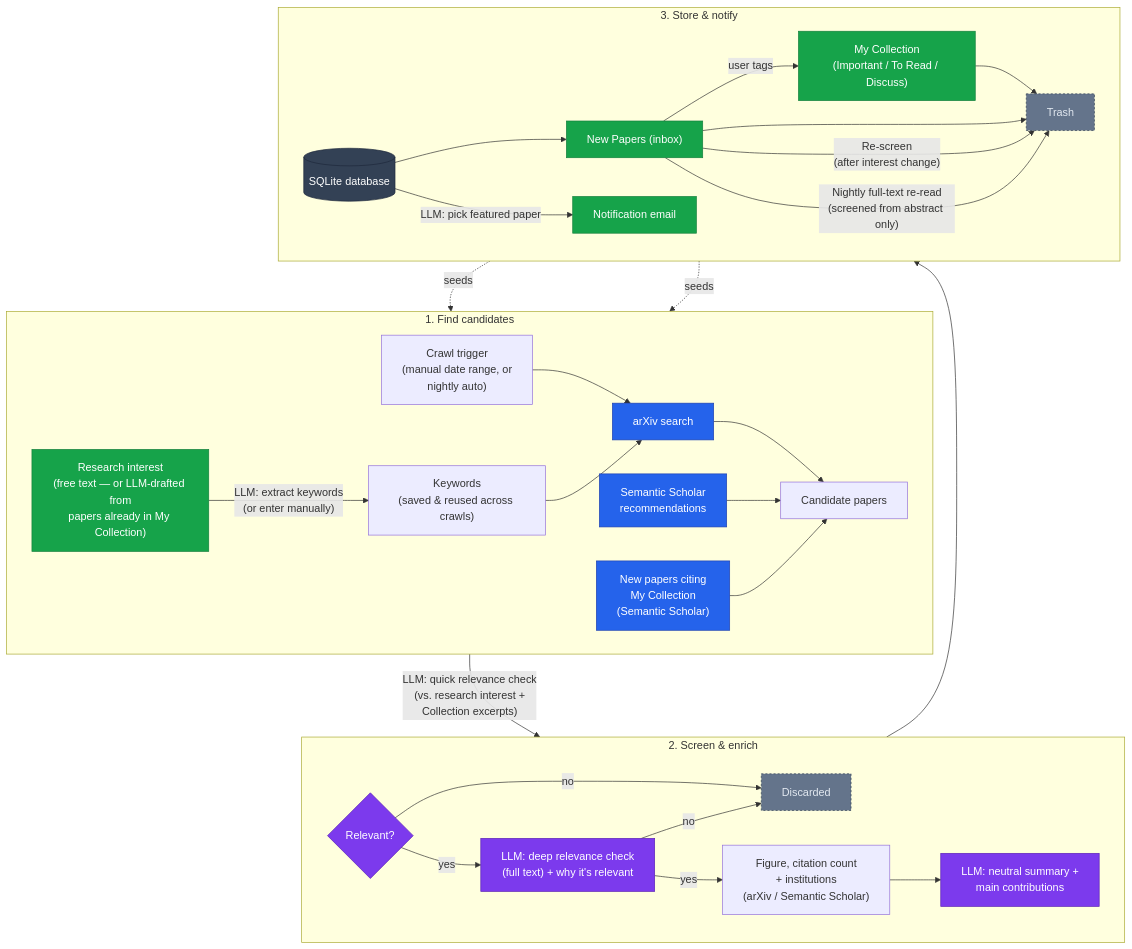
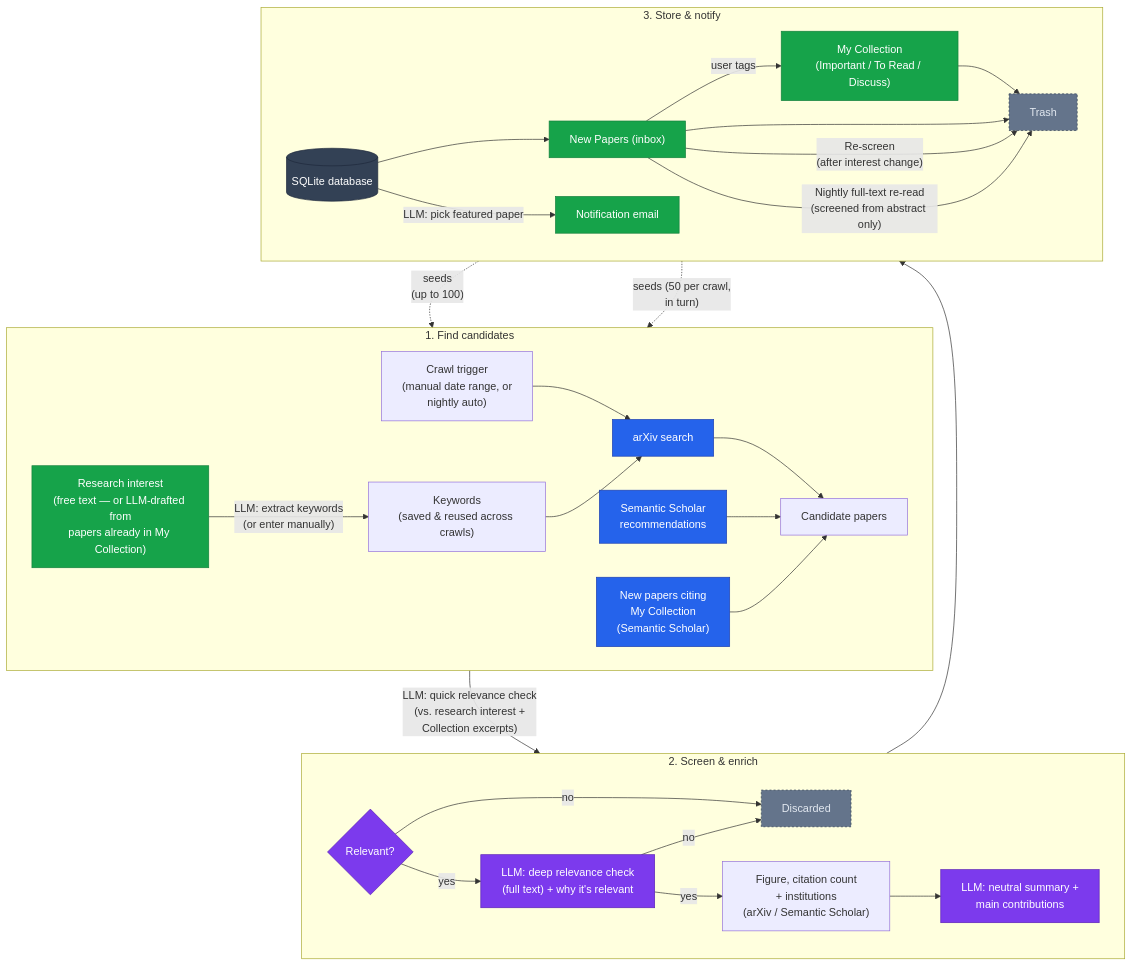
One commit to MassEast/paper-agent changed the diagram in README.md. Above: the diagram before and after it, drawn with Mermaid. The commit also changed other lines of this file and 7 other files, not shown here.

````diff
--- a/README.md
+++ b/README.md
@@ -26,48 +26,48 @@
 ```mermaid
 flowchart TD
     subgraph Phase1["1. Find candidates"]
         direction LR
         RI["Research interest<br/>(free text — or LLM-drafted from<br/>papers already in My Collection)"] -->|"LLM: extract keywords<br/>(or enter manually)"| KW["Keywords<br/>(saved & reused across crawls)"]
         SCHED["Crawl trigger<br/>(manual date range, or<br/>nightly auto)"] --> ARX["arXiv search"]
         KW --> ARX
         ARX --> CAND["Candidate papers"]
         SS["Semantic Scholar<br/>recommendations"] --> CAND
         CITE["New papers citing<br/>My Collection<br/>(Semantic Scholar)"] --> CAND
     end
 
     subgraph Phase2["2. Screen & enrich"]
         direction LR
         Q{Relevant?} -- yes --> DEEP["LLM: deep relevance check<br/>(full text) + why it's relevant"]
         Q -- no --> DROP["Discarded"]
         DEEP -- no --> DROP
         DEEP -- yes --> FIG["Figure, citation count<br/>+ institutions<br/>(arXiv / Semantic Scholar)"]
         FIG --> SUM["LLM: neutral summary +<br/>main contributions"]
     end
 
     subgraph Phase3["3. Store & notify"]
         direction LR
         DB[("SQLite database")] --> NEW["New Papers (inbox)"]
         NEW -->|"user tags"| COLL["My Collection<br/>(Important / To Read / Discuss)"]
         COLL --> TRASH["Trash"]
         NEW --> TRASH
         NEW -->|"Re-screen<br/>(after interest change)"| TRASH
         NEW -->|"Nightly full-text re-read<br/>(screened from abstract only)"| TRASH
         DB -->|"LLM: pick featured paper"| MAIL["Notification email"]
     end
 
     CAND -->|"LLM: quick relevance check<br/>(vs. research interest +<br/>Collection excerpts)"| Q
     SUM --> DB
-    COLL -.->|"seeds"| SS
-    COLL -.->|"seeds"| CITE
+    COLL -.->|"seeds<br/>(up to 100)"| SS
+    COLL -.->|"seeds (50 per crawl,<br/>in turn)"| CITE
 
     classDef external fill:#2563eb,color:#fff,stroke:#1e40af,stroke-width:1px
     classDef llm fill:#7c3aed,color:#fff,stroke:#5b21b6,stroke-width:1px
     classDef store fill:#334155,color:#fff,stroke:#1e293b,stroke-width:1px
     classDef endpoint fill:#16a34a,color:#fff,stroke:#15803d,stroke-width:1px
     classDef dropped fill:#64748b,color:#e2e8f0,stroke:#334155,stroke-width:1px,stroke-dasharray:3 3
     class ARX,SS,CITE external
     class Q,DEEP,SUM llm
     class DB store
     class RI,NEW,COLL,MAIL endpoint
     class DROP,TRASH dropped
 ```
````
